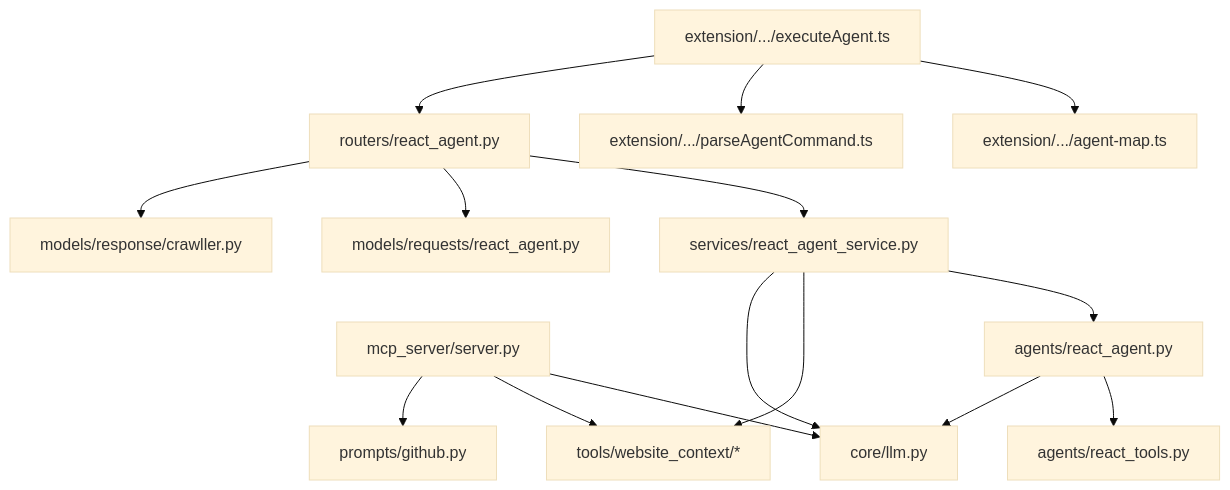
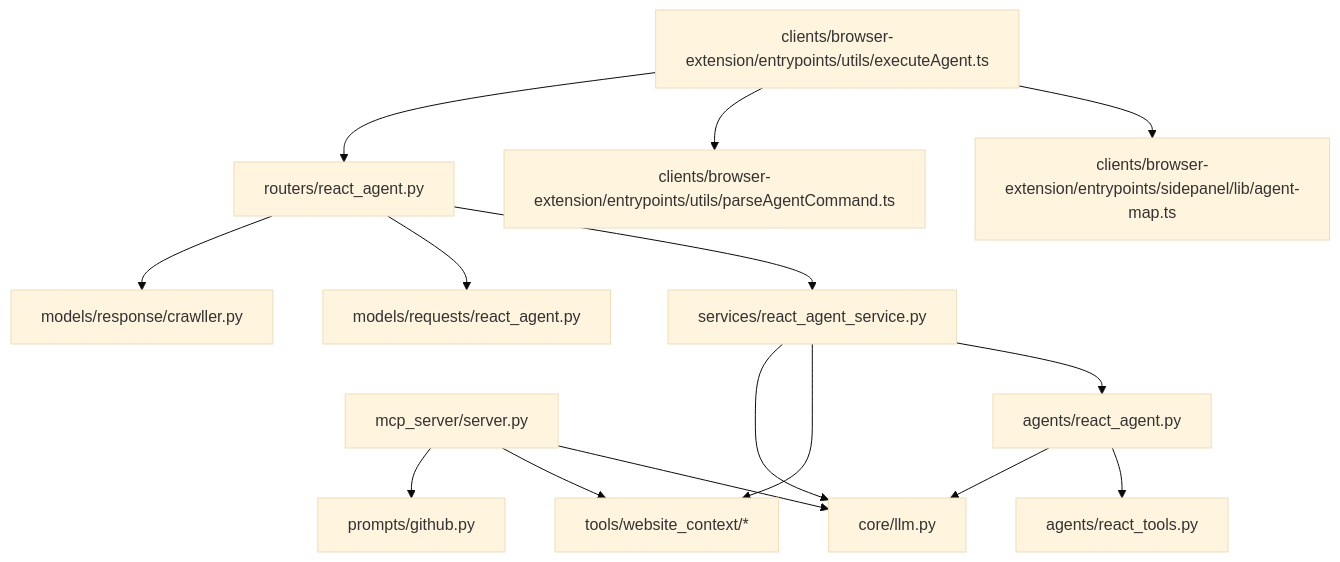
One commit to tashifkhan/tashif.codes changed the sixth of 6 diagrams in src/data/docs/agentic-browser/System Architecture/MCP Protocol Implementation.md. Above: the diagram before and after it, drawn with Mermaid (base theme). The commit also changed other lines of this file and 2128 other files, not shown here.

First line of the commit message:
docs: replace raster diagram images with native Mermaid across project guides

````diff
--- a/src/data/docs/agentic-browser/System Architecture/MCP Protocol Implementation.md
+++ b/src/data/docs/agentic-browser/System Architecture/MCP Protocol Implementation.md
@@ -176,17 +176,17 @@
 ```mermaid
 graph TB
 MCPServer["mcp_server/server.py"] --> LLM["core/llm.py"]
 MCPServer --> ToolsWebsite["tools/website_context/*"]
 MCPServer --> PromptsGH["prompts/github.py"]
 ReactAgent["agents/react_agent.py"] --> ReactTools["agents/react_tools.py"]
 ReactAgent --> LLM
 ReactService["services/react_agent_service.py"] --> ReactAgent
 ReactService --> ToolsWebsite
 ReactService --> LLM
 ReactRouter["routers/react_agent.py"] --> ReactService
 ReactRouter --> ReactReq["models/requests/react_agent.py"]
 ReactRouter --> ReactResp["models/response/crawller.py"]
-ExecAgent["extension/.../executeAgent.ts"] --> AgentMap["extension/.../agent-map.ts"]
-ExecAgent --> ParseCmd["extension/.../parseAgentCommand.ts"]
+ExecAgent["clients/browser-extension/entrypoints/utils/executeAgent.ts"] --> AgentMap["clients/browser-extension/entrypoints/sidepanel/lib/agent-map.ts"]
+ExecAgent --> ParseCmd["clients/browser-extension/entrypoints/utils/parseAgentCommand.ts"]
 ExecAgent --> ReactRouter
 ```
````
